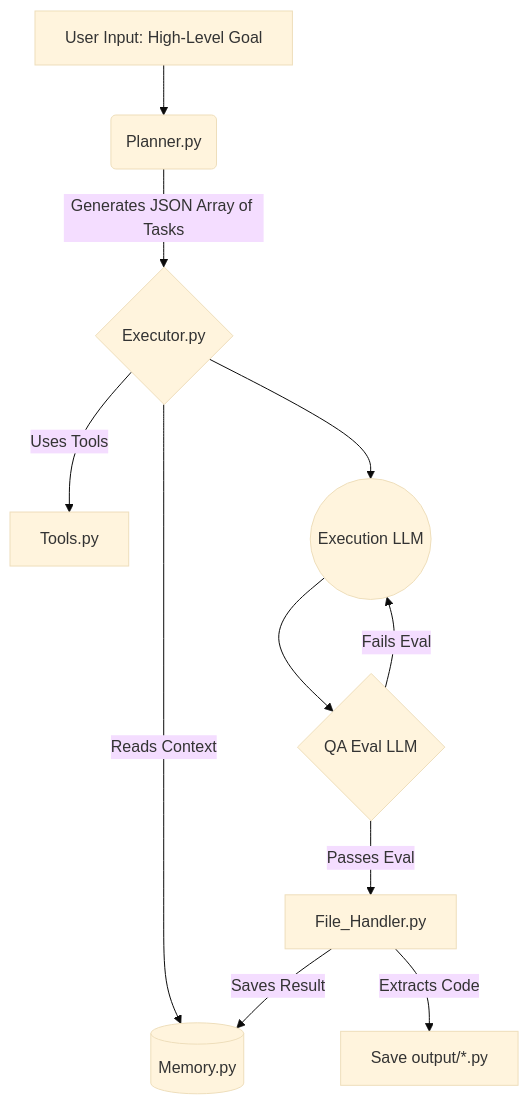
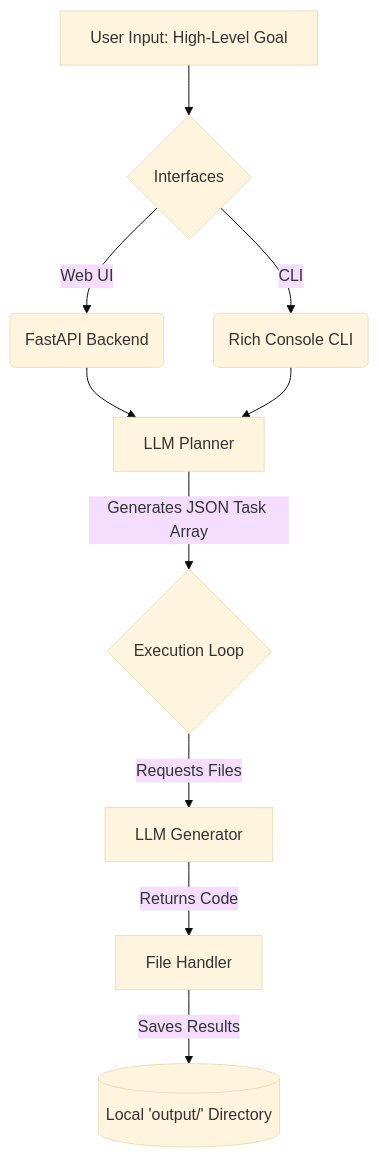
One commit to Bharathsingh9/Self-learning-agent- changed the diagram in README.md. Above: the diagram before and after it, drawn with Mermaid (base theme). The commit also changed other lines of this file, not shown here.

````diff
--- a/README.md
+++ b/README.md
@@ -15,17 +26,16 @@
 ```mermaid
 graph TD
-    A[User Input: High-Level Goal] --> B(Planner.py)
-    B -->|Generates JSON Array of Tasks| C{Executor.py}
+    A[User Input: High-Level Goal] --> B{Interfaces}
+    B -->|Web UI| C(FastAPI Backend)
+    B -->|CLI| D(Rich Console CLI)
     
-    C -->|Reads Context| D[(Memory.py)]
-    C -->|Uses Tools| E[Tools.py]
+    C --> E[LLM Planner]
+    D --> E
     
-    C --> F((Execution LLM))
-    F --> G{QA Eval LLM}
+    E -->|Generates JSON Task Array| F{Execution Loop}
     
-    G -->|Fails Eval| F
-    G -->|Passes Eval| H[File_Handler.py]
+    F -->|Requests Files| G[LLM Generator]
+    G -->|Returns Code| H[File Handler]
     
-    H -->|Extracts Code| I[Save output/*.py]
-    H -->|Saves Result| D
+    H -->|Saves Results| I[(Local 'output/' Directory)]
 ```
````
